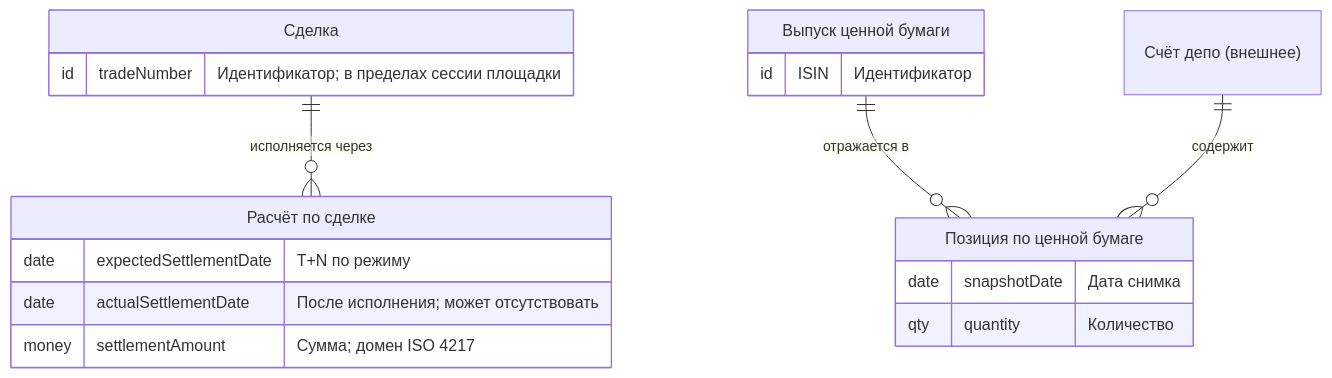
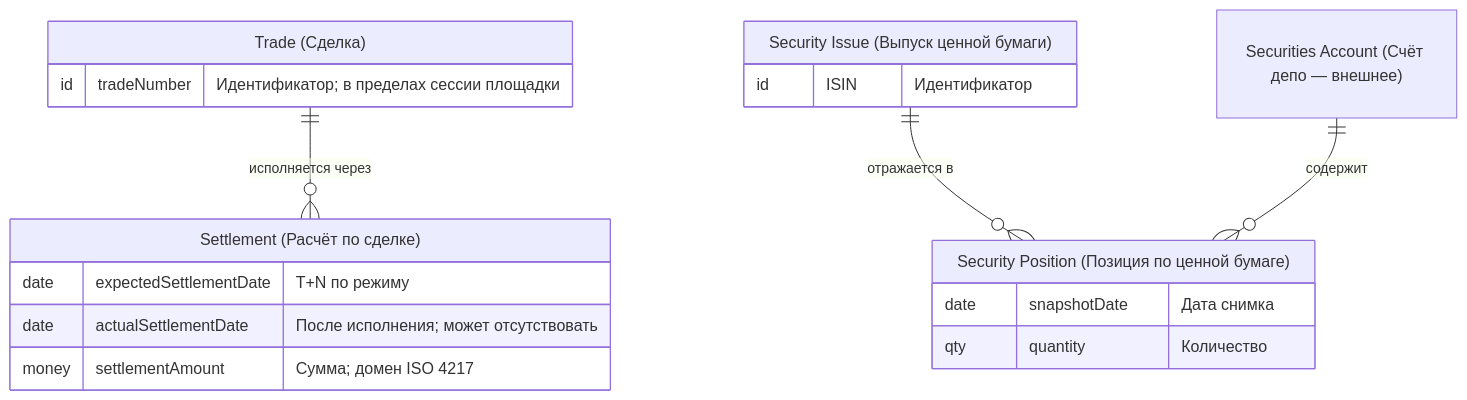
The third of 4 diagrams in wrk/standard/appendices/Н Сквозной биржевой пример.md (alexanderlazutkin/DatamodelDesign), drawn with Mermaid before and after one commit. The commit also changed other lines of this file and 1 other file, not shown here.

Commit message:
Р-036 (поправка): двуязычные подписи сущностей во всех диаграммах примера Н — English (Русское); легенда и Н.2.1 синхронизированы (замечание пользователя)

````diff
--- a/wrk/standard/appendices/Н Сквозной биржевой пример.md
+++ b/wrk/standard/appendices/Н Сквозной биржевой пример.md
@@ -263,22 +263,22 @@
 ```mermaid
 erDiagram
-    TRADE["Сделка"] {
+    TRADE["Trade (Сделка)"] {
         id tradeNumber "Идентификатор; в пределах сессии площадки"
     }
-    SETTLEMENT["Расчёт по сделке"] {
+    SETTLEMENT["Settlement (Расчёт по сделке)"] {
         date expectedSettlementDate "T+N по режиму"
         date actualSettlementDate "После исполнения; может отсутствовать"
         money settlementAmount "Сумма; домен ISO 4217"
     }
-    POSITION["Позиция по ценной бумаге"] {
+    POSITION["Security Position (Позиция по ценной бумаге)"] {
         date snapshotDate "Дата снимка"
         qty quantity "Количество"
     }
-    SECURITY_ISSUE["Выпуск ценной бумаги"] {
+    SECURITY_ISSUE["Security Issue (Выпуск ценной бумаги)"] {
         id ISIN "Идентификатор"
     }
-    SECURITIES_ACCOUNT["Счёт депо (внешнее)"]
+    SECURITIES_ACCOUNT["Securities Account (Счёт депо — внешнее)"]
     TRADE ||--o{ SETTLEMENT : "исполняется через"
     SECURITY_ISSUE ||--o{ POSITION : "отражается в"
     SECURITIES_ACCOUNT ||--o{ POSITION : "содержит"
 ```
````
